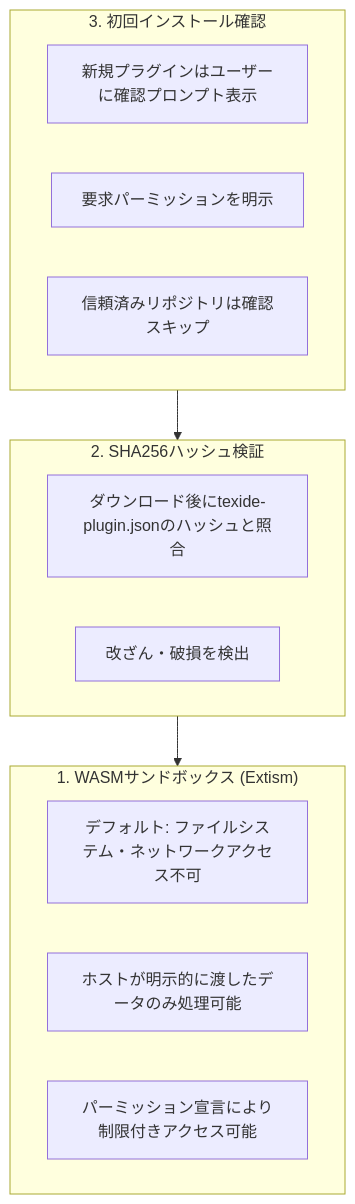
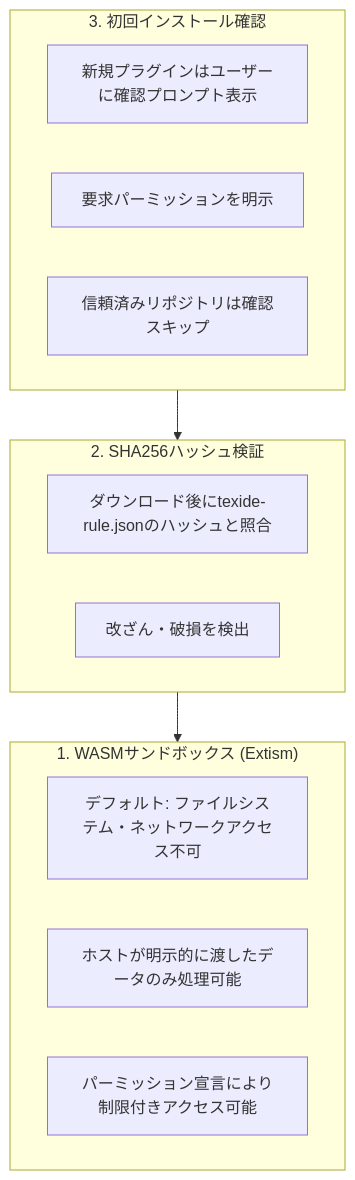
Before and after one commit to simorgh3196/tsuzulint: the second of 4 diagrams in docs/roadmap.md, drawn with Mermaid. The commit also changed other lines of this file and 3 other files, not shown here.

````diff
--- a/docs/roadmap.md
+++ b/docs/roadmap.md
@@ -285,21 +283,21 @@
 ```mermaid
 flowchart TB
     subgraph L1["1. WASMサンドボックス (Extism)"]
         L1A["デフォルト: ファイルシステム・ネットワークアクセス不可"]
         L1B["ホストが明示的に渡したデータのみ処理可能"]
         L1C["パーミッション宣言により制限付きアクセス可能"]
     end
 
     subgraph L2["2. SHA256ハッシュ検証"]
-        L2A["ダウンロード後にtexide-plugin.jsonのハッシュと照合"]
+        L2A["ダウンロード後にtexide-rule.jsonのハッシュと照合"]
         L2B["改ざん・破損を検出"]
     end
 
     subgraph L3["3. 初回インストール確認"]
         L3A["新規プラグインはユーザーに確認プロンプト表示"]
         L3B["要求パーミッションを明示"]
         L3C["信頼済みリポジトリは確認スキップ"]
     end
 
     L3 --> L2 --> L1
 ```
````
